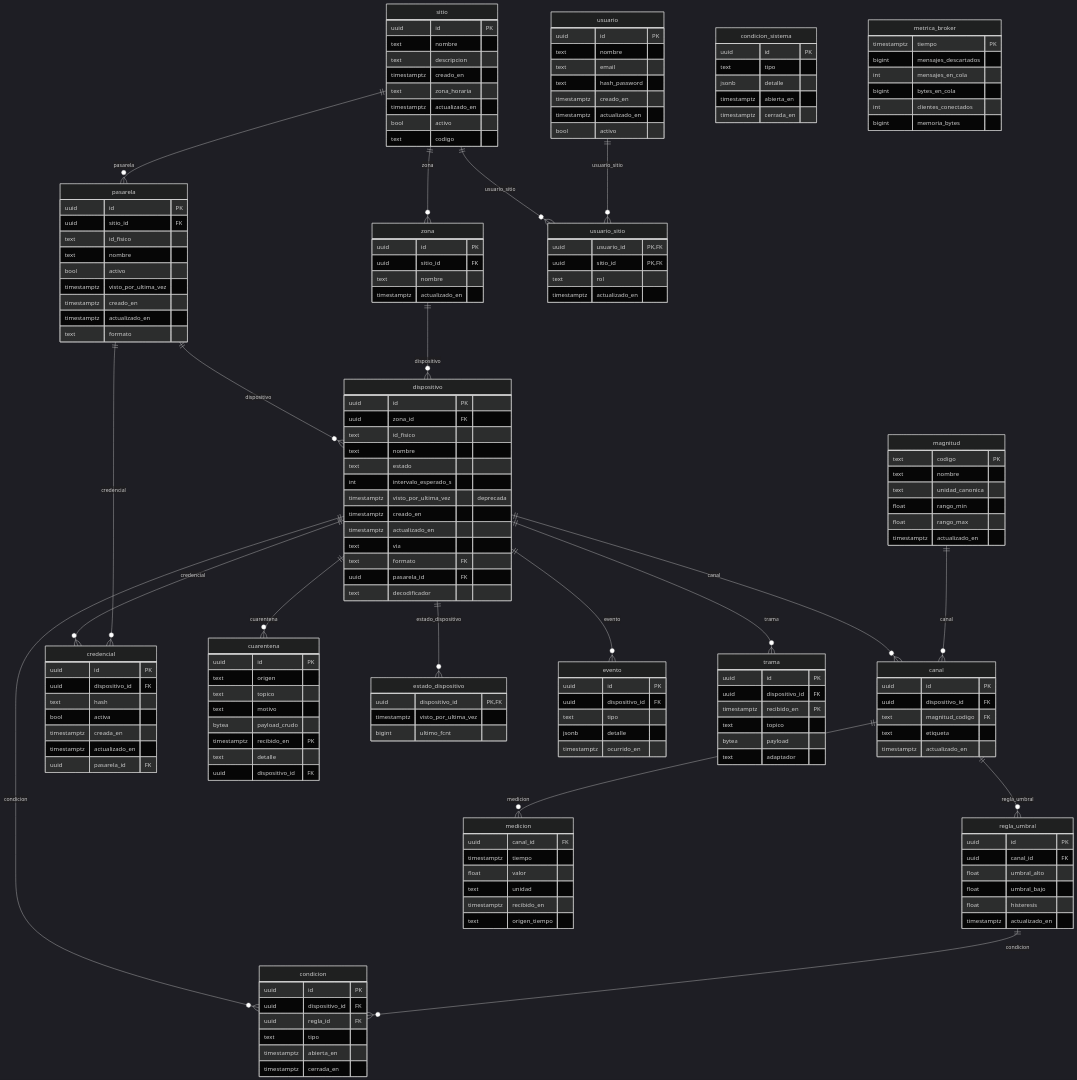
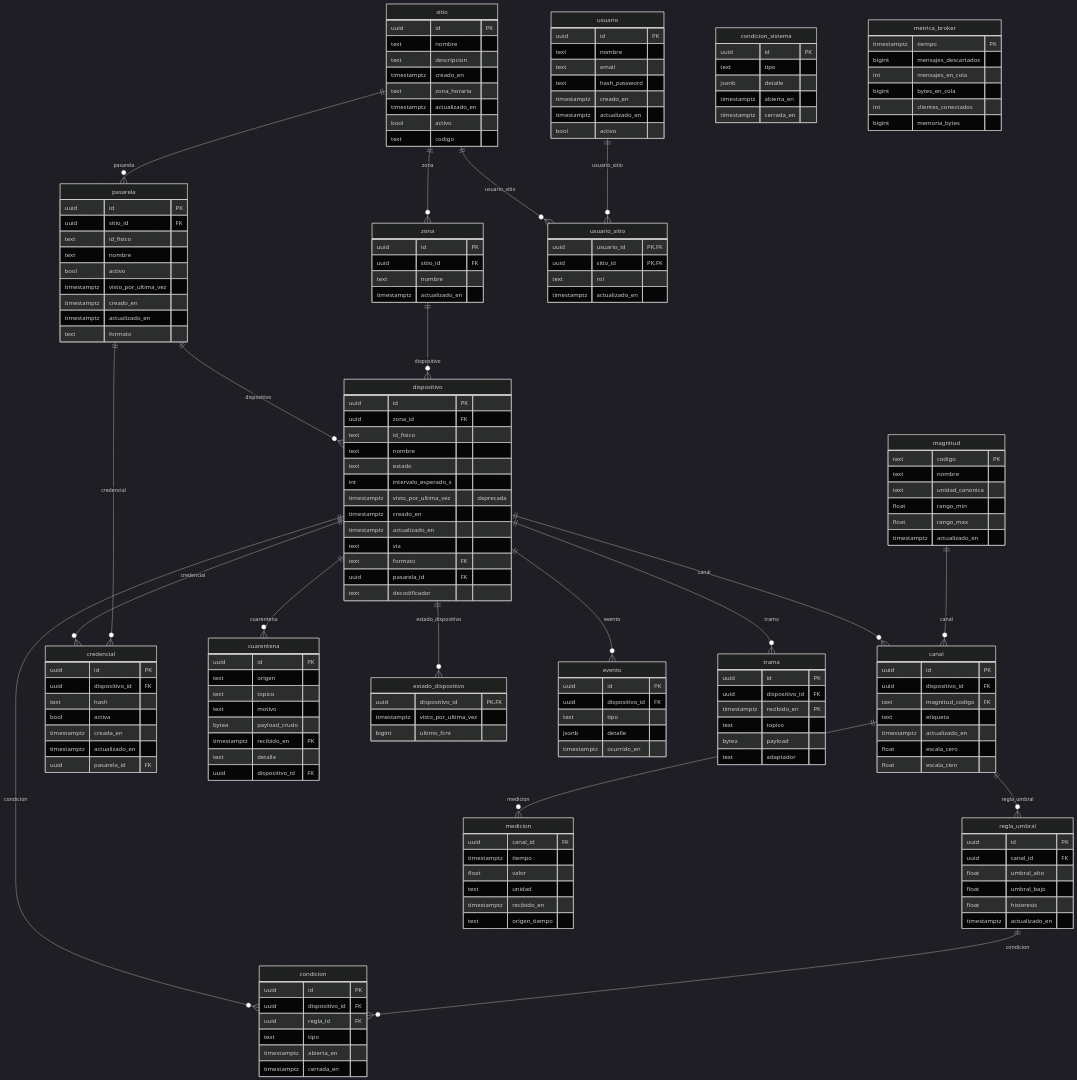
The diagram in informe-oficial/figuras/mermaid/modelo-datos.mmd (vicenterami/tesis), drawn with Mermaid (dark theme) before and after one commit. The commit also changed 21 other files, not shown here.

```diff
--- a/informe-oficial/figuras/mermaid/modelo-datos.mmd
+++ b/informe-oficial/figuras/mermaid/modelo-datos.mmd
@@ -1,169 +1,171 @@
 erDiagram
     dispositivo ||--o{ canal : canal
     magnitud ||--o{ canal : canal
     dispositivo ||--o{ condicion : condicion
     regla_umbral ||--o{ condicion : condicion
     dispositivo ||--o{ credencial : credencial
     pasarela ||--o{ credencial : credencial
     dispositivo ||--o{ cuarentena : cuarentena
     pasarela ||--o{ dispositivo : dispositivo
     zona ||--o{ dispositivo : dispositivo
     dispositivo ||--o{ estado_dispositivo : estado_dispositivo
     dispositivo ||--o{ evento : evento
     canal ||--o{ medicion : medicion
     sitio ||--o{ pasarela : pasarela
     canal ||--o{ regla_umbral : regla_umbral
     dispositivo ||--o{ trama : trama
     sitio ||--o{ usuario_sitio : usuario_sitio
     usuario ||--o{ usuario_sitio : usuario_sitio
     sitio ||--o{ zona : zona
     canal {
         uuid id PK
         uuid dispositivo_id FK
         text magnitud_codigo FK
         text etiqueta
         timestamptz actualizado_en
+        float escala_cero
+        float escala_cien
     }
     condicion {
         uuid id PK
         uuid dispositivo_id FK
         uuid regla_id FK
         text tipo
         timestamptz abierta_en
         timestamptz cerrada_en
     }
     condicion_sistema {
         uuid id PK
         text tipo
         jsonb detalle
         timestamptz abierta_en
         timestamptz cerrada_en
     }
     credencial {
         uuid id PK
         uuid dispositivo_id FK
         text hash
         bool activa
         timestamptz creada_en
         timestamptz actualizado_en
         uuid pasarela_id FK
     }
     cuarentena {
         uuid id PK
         text origen
         text topico
         text motivo
         bytea payload_crudo
         timestamptz recibido_en PK
         text detalle
         uuid dispositivo_id FK
     }
     dispositivo {
         uuid id PK
         uuid zona_id FK
         text id_fisico
         text nombre
         text estado
         int intervalo_esperado_s
         timestamptz visto_por_ultima_vez "deprecada"
         timestamptz creado_en
         timestamptz actualizado_en
         text via
         text formato FK
         uuid pasarela_id FK
         text decodificador
     }
     estado_dispositivo {
         uuid dispositivo_id PK,FK
         timestamptz visto_por_ultima_vez
         bigint ultimo_fcnt
     }
     evento {
         uuid id PK
         uuid dispositivo_id FK
         text tipo
         jsonb detalle
         timestamptz ocurrido_en
     }
     magnitud {
         text codigo PK
         text nombre
         text unidad_canonica
         float rango_min
         float rango_max
         timestamptz actualizado_en
     }
     medicion {
         uuid canal_id FK
         timestamptz tiempo
         float valor
         text unidad
         timestamptz recibido_en
         text origen_tiempo
     }
     metrica_broker {
         timestamptz tiempo PK
         bigint mensajes_descartados
         int mensajes_en_cola
         bigint bytes_en_cola
         int clientes_conectados
         bigint memoria_bytes
     }
     pasarela {
         uuid id PK
         uuid sitio_id FK
         text id_fisico
         text nombre
         bool activo
         timestamptz visto_por_ultima_vez
         timestamptz creado_en
         timestamptz actualizado_en
         text formato
     }
     regla_umbral {
         uuid id PK
         uuid canal_id FK
         float umbral_alto
         float umbral_bajo
         float histeresis
         timestamptz actualizado_en
     }
     sitio {
         uuid id PK
         text nombre
         text descripcion
         timestamptz creado_en
         text zona_horaria
         timestamptz actualizado_en
         bool activo
         text codigo
     }
     trama {
         uuid id PK
         uuid dispositivo_id FK
         timestamptz recibido_en PK
         text topico
         bytea payload
         text adaptador
     }
     usuario {
         uuid id PK
         text nombre
         text email
         text hash_password
         timestamptz creado_en
         timestamptz actualizado_en
         bool activo
     }
     usuario_sitio {
         uuid usuario_id PK,FK
         uuid sitio_id PK,FK
         text rol
         timestamptz actualizado_en
     }
     zona {
         uuid id PK
         uuid sitio_id FK
         text nombre
         timestamptz actualizado_en
     }
```
